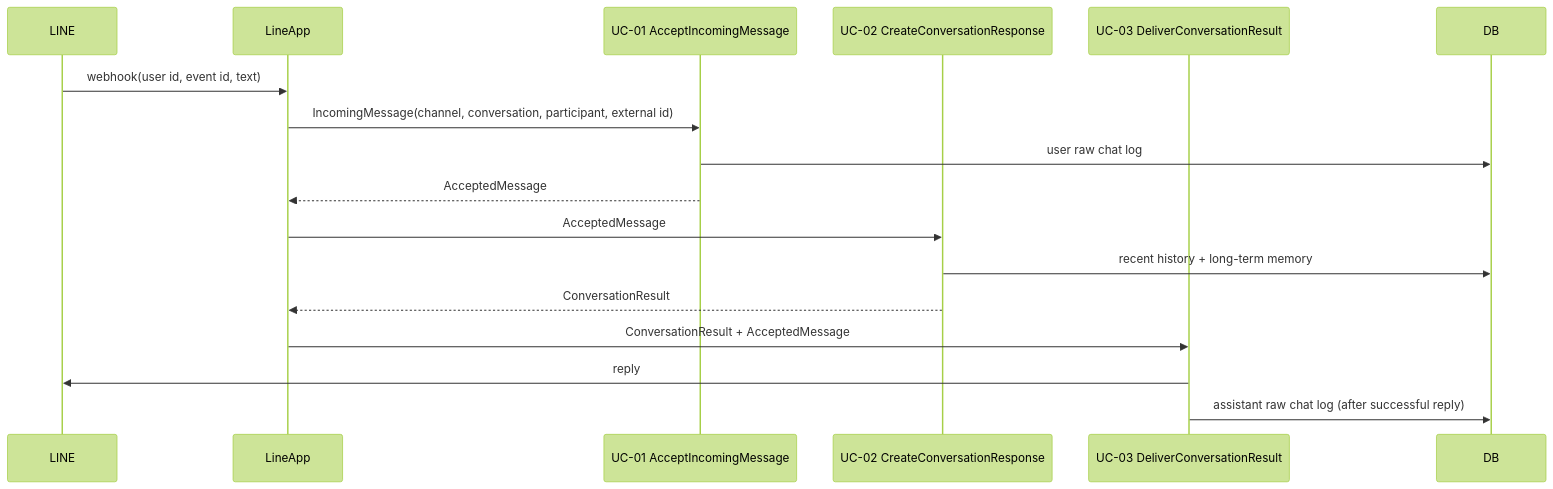
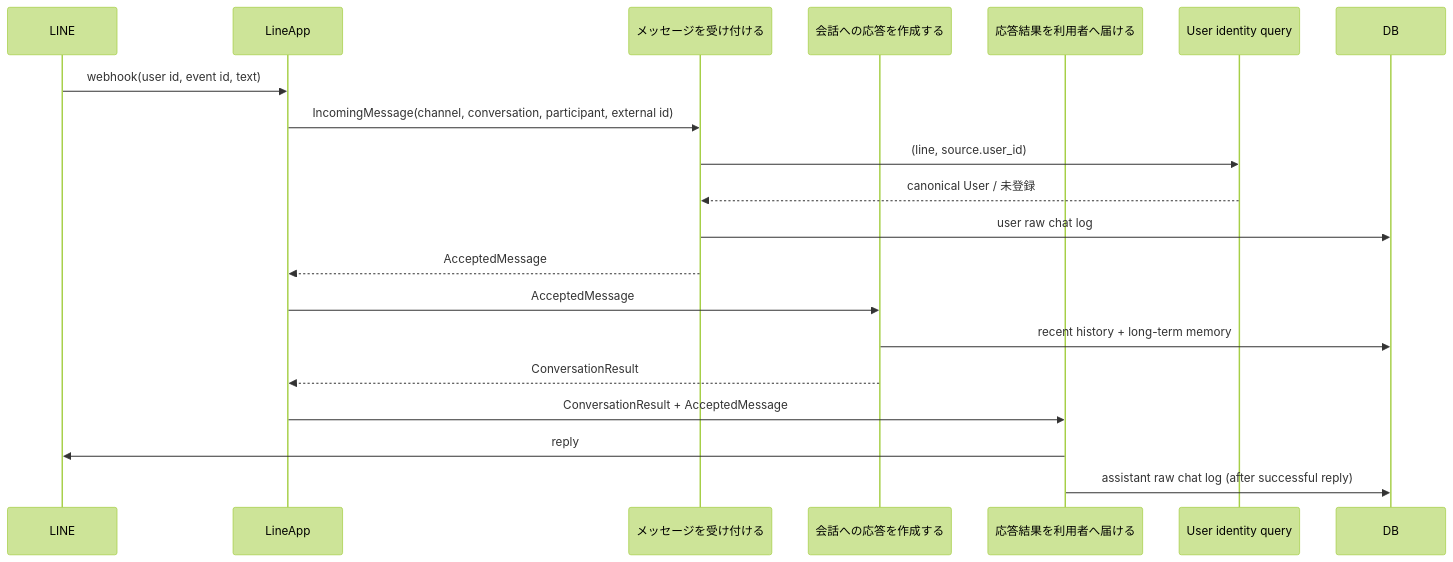
One commit to aiagate/agentic-chat-foundation changed the diagram in docs/infrastructure/line-message-flow.md. Above: the diagram before and after it, drawn with Mermaid (forest theme). The commit also changed other lines of this file and 235 other files, not shown here.

````diff
--- a/docs/infrastructure/line-message-flow.md
+++ b/docs/infrastructure/line-message-flow.md
@@ -6,20 +9,23 @@
 ```mermaid
 sequenceDiagram
     participant LINE
     participant LineApp
-    participant UC01 as UC-01 AcceptIncomingMessage
-    participant UC02 as UC-02 CreateConversationResponse
-    participant UC03 as UC-03 DeliverConversationResult
+    participant Intake as メッセージを受け付ける
+    participant Response as 会話への応答を作成する
+    participant Delivery as 応答結果を利用者へ届ける
+    participant Identity as User identity query
     participant DB
 
     LINE->>LineApp: webhook(user id, event id, text)
-    LineApp->>UC01: IncomingMessage(channel, conversation, participant, external id)
-    UC01->>DB: user raw chat log
-    UC01-->>LineApp: AcceptedMessage
-    LineApp->>UC02: AcceptedMessage
-    UC02->>DB: recent history + long-term memory
-    UC02-->>LineApp: ConversationResult
-    LineApp->>UC03: ConversationResult + AcceptedMessage
-    UC03->>LINE: reply
-    UC03->>DB: assistant raw chat log (after successful reply)
+    LineApp->>Intake: IncomingMessage(channel, conversation, participant, external id)
+    Intake->>Identity: (line, source.user_id)
+    Identity-->>Intake: canonical User / 未登録
+    Intake->>DB: user raw chat log
+    Intake-->>LineApp: AcceptedMessage
+    LineApp->>Response: AcceptedMessage
+    Response->>DB: recent history + long-term memory
+    Response-->>LineApp: ConversationResult
+    LineApp->>Delivery: ConversationResult + AcceptedMessage
+    Delivery->>LINE: reply
+    Delivery->>DB: assistant raw chat log (after successful reply)
 ```
````
